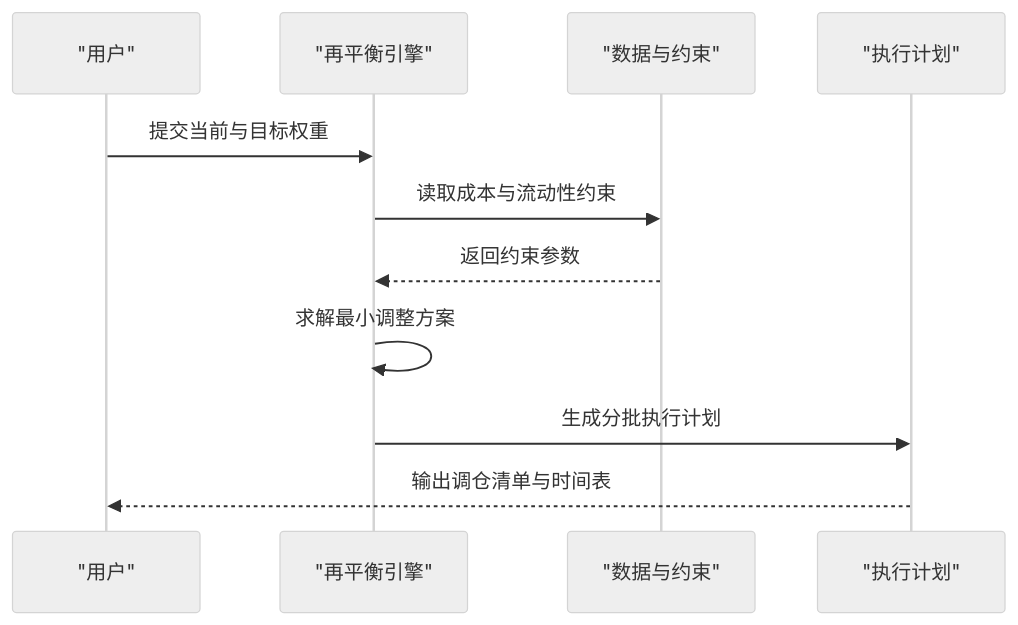
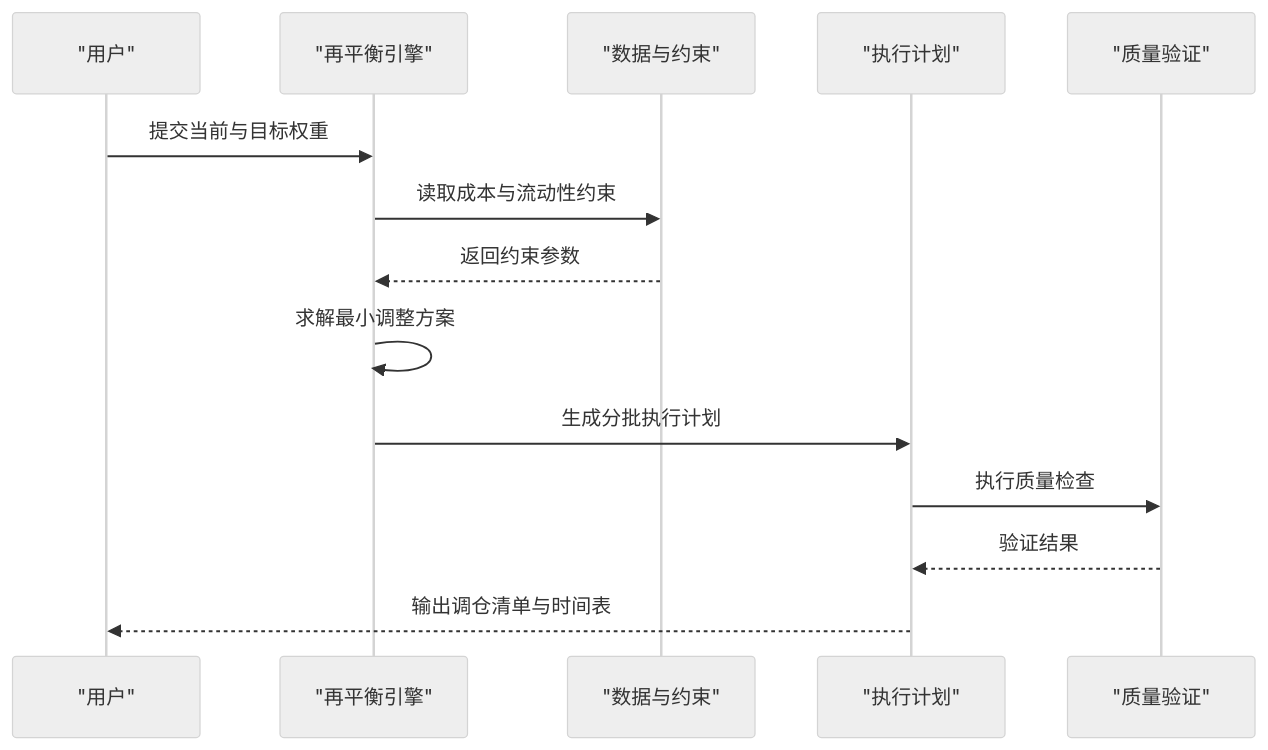
The seventh of 10 diagrams in .qoder/repowiki/zh/content/AI技能系统/核心投资研究技能/投资组合审查技能.md (Ted-Engineer/ai-berkshire), drawn with Mermaid (neutral theme) before and after one commit. The commit also changed other lines of this file and 76 other files, not shown here.

````diff
--- a/.qoder/repowiki/zh/content/AI技能系统/核心投资研究技能/投资组合审查技能.md
+++ b/.qoder/repowiki/zh/content/AI技能系统/核心投资研究技能/投资组合审查技能.md
@@ -259,13 +288,16 @@
 ```mermaid
 sequenceDiagram
 participant U as "用户"
 participant RB as "再平衡引擎"
 participant DC as "数据与约束"
 participant EX as "执行计划"
+participant VQ as "质量验证"
 U->>RB : 提交当前与目标权重
 RB->>DC : 读取成本与流动性约束
 DC-->>RB : 返回约束参数
 RB->>RB : 求解最小调整方案
 RB->>EX : 生成分批执行计划
+EX->>VQ : 执行质量检查
+VQ-->>EX : 验证结果
 EX-->>U : 输出调仓清单与时间表
 ```
````
